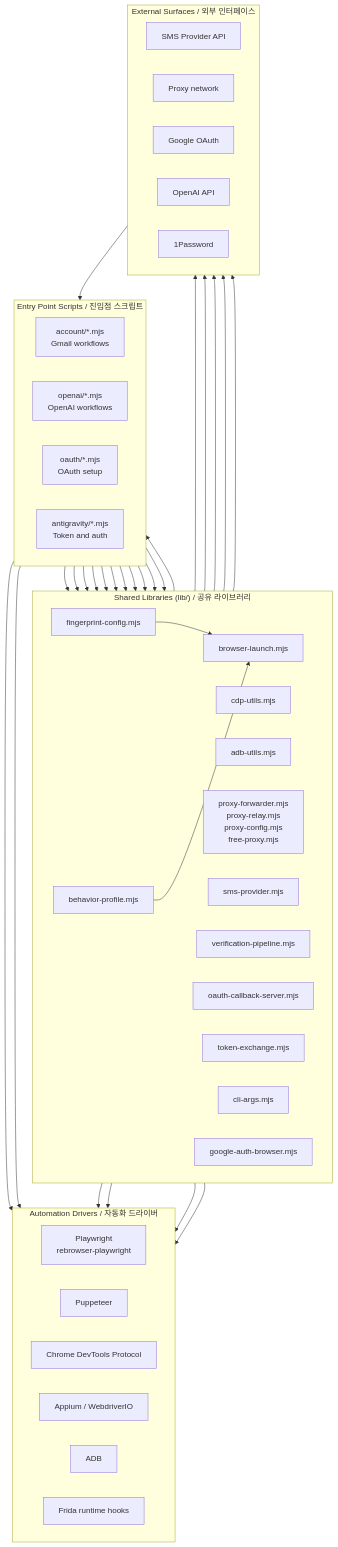
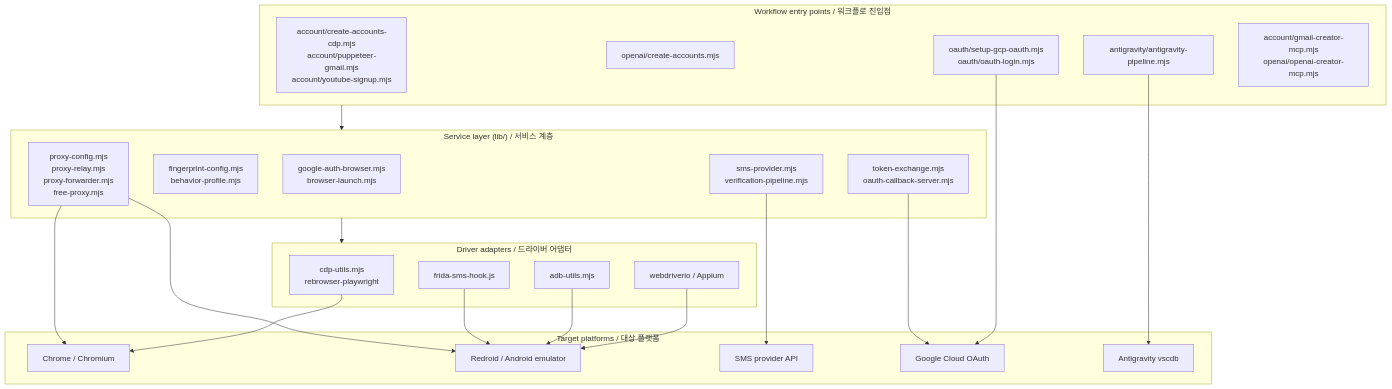
Before and after one commit to jclee941/account: the diagram in README.md, drawn with Mermaid. The commit also changed other lines of this file, not shown here.

````diff
--- a/README.md
+++ b/README.md
@@ -192,74 +199,46 @@
 ```mermaid
 flowchart TB
-    subgraph Entry["Entry Point Scripts / 진입점 스크립트"]
-        direction LR
-        Acc["account/*.mjs<br/>Gmail workflows"]
-        Oai["openai/*.mjs<br/>OpenAI workflows"]
-        Oauth["oauth/*.mjs<br/>OAuth setup"]
-        Ag["antigravity/*.mjs<br/>Token and auth"]
+    subgraph Entry["Workflow entry points / 워크플로 진입점"]
+        Gmail[account/create-accounts-cdp.mjs<br/>account/puppeteer-gmail.mjs<br/>account/youtube-signup.mjs]
+        OpenAI[openai/create-accounts.mjs]
+        Antigravity[antigravity/antigravity-pipeline.mjs]
+        OAuth[oauth/setup-gcp-oauth.mjs<br/>oauth/oauth-login.mjs]
+        MCP[account/gmail-creator-mcp.mjs<br/>openai/openai-creator-mcp.mjs]
     end
 
-    subgraph Libs["Shared Libraries (lib/) / 공유 라이브러리"]
-        direction LR
-        Browser["browser-launch.mjs"]
-        Cdp["cdp-utils.mjs"]
-        Adb["adb-utils.mjs"]
-        Fp["fingerprint-config.mjs"]
-        Behave["behavior-profile.mjs"]
-        Proxy["proxy-forwarder.mjs<br/>proxy-relay.mjs<br/>proxy-config.mjs<br/>free-proxy.mjs"]
-        Sms["sms-provider.mjs"]
-        Ver["verification-pipeline.mjs"]
-        OauthCb["oauth-callback-server.mjs"]
-        Token["token-exchange.mjs"]
-        CliArgs["cli-args.mjs"]
-        GAuth["google-auth-browser.mjs"]
+    subgraph Services["Service layer (lib/) / 서비스 계층"]
+        Browser[google-auth-browser.mjs<br/>browser-launch.mjs]
+        Fingerprint[fingerprint-config.mjs<br/>behavior-profile.mjs]
+        SMS[sms-provider.mjs<br/>verification-pipeline.mjs]
+        Proxy[proxy-config.mjs<br/>proxy-relay.mjs<br/>proxy-forwarder.mjs<br/>free-proxy.mjs]
+        Token[token-exchange.mjs<br/>oauth-callback-server.mjs]
     end
 
-    subgraph Drivers["Automation Drivers / 자동화 드라이버"]
-        direction LR
-        PW["Playwright<br/>rebrowser-playwright"]
-        PP["Puppeteer"]
-        CDP["Chrome DevTools Protocol"]
-        AP["Appium / WebdriverIO"]
-        AB["ADB"]
-        FR["Frida runtime hooks"]
+    subgraph Drivers["Driver adapters / 드라이버 어댑터"]
+        CDP[cdp-utils.mjs<br/>rebrowser-playwright]
+        Appium[webdriverio / Appium]
+        ADB[adb-utils.mjs]
+        Frida[frida-sms-hook.js]
     end
 
-    subgraph Ext["External Surfaces / 외부 인터페이스"]
-        direction LR
-        SmsApi["SMS Provider API"]
-        ProxyNet["Proxy network"]
-        GoogleOAuth["Google OAuth"]
-        OpenaiAPI["OpenAI API"]
-        OnePwd["1Password"]
+    subgraph Targets["Target platforms / 대상 플랫폼"]
+        Chrome[Chrome / Chromium]
+        Emulator[Redroid / Android emulator]
+        Provider[SMS provider API]
+        GCP[Google Cloud OAuth]
+        AntigravityDB[Antigravity vscdb]
     end
 
-    Acc --> Browser
-    Acc --> Cdp
-    Acc --> Adb
-    Acc --> Sms
-    Acc --> Ver
-    Oai --> Browser
-    Oai --> Ver
-    Oauth --> OauthCb
-    Oauth --> GAuth
-    Ag --> Token
-    Ag --> Browser
-
-    Browser --> PW
-    Browser --> PP
-    Cdp --> CDP
-    Adb --> AB
-    Acc --> AP
-    Acc --> FR
-
-    Sms --> SmsApi
-    Proxy --> ProxyNet
-    OauthCb --> GoogleOAuth
-    Token --> GoogleOAuth
-    Token --> OpenaiAPI
-    Fp --> Browser
-    Behave --> Browser
-    CliArgs --> Entry
-    OnePwd --> Entry
+    Entry --> Services
+    Services --> Drivers
+    CDP --> Chrome
+    Appium --> Emulator
+    ADB --> Emulator
+    Frida --> Emulator
+    SMS --> Provider
+    OAuth --> GCP
+    Token --> GCP
+    Antigravity --> AntigravityDB
+    Proxy --> Chrome
+    Proxy --> Emulator
 ```
````
